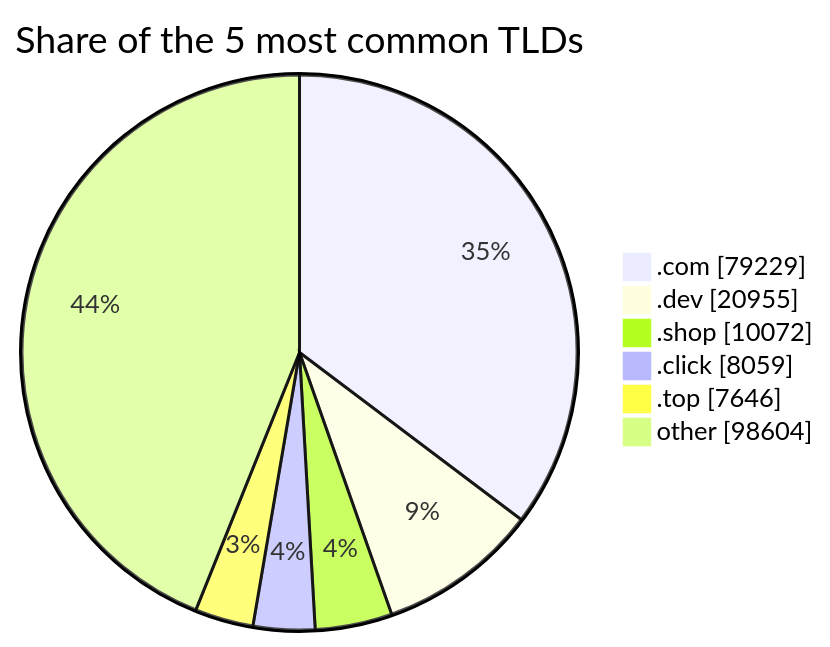
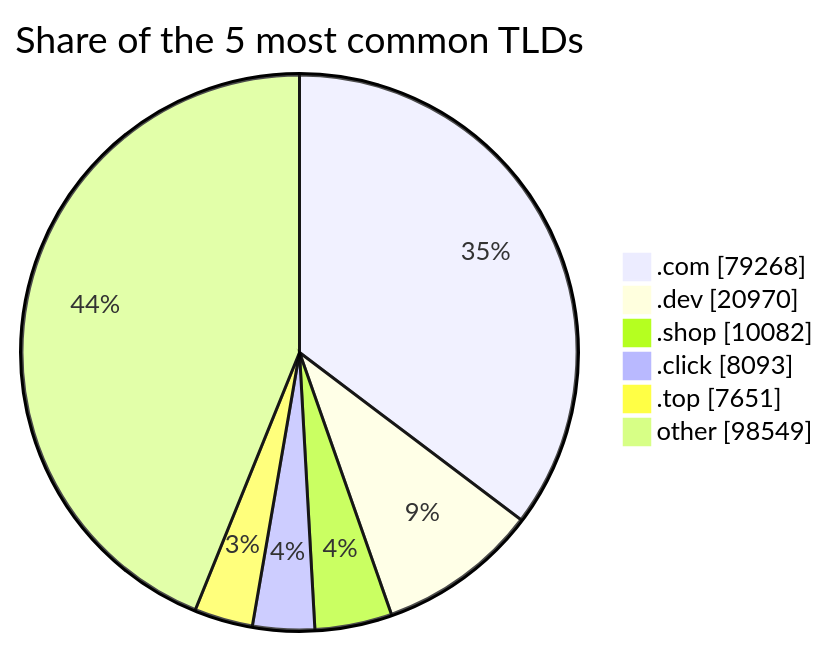
The third of 3 diagrams in README.md (DNSBunker/CTI), drawn with Mermaid before and after one commit. The commit also changed other lines of this file and 3 other files, not shown here.

````diff
--- a/README.md
+++ b/README.md
@@ -81,9 +81,9 @@
 ```mermaid
 pie showData title Share of the 5 most common TLDs
-    ".com" : 79229
-    ".dev" : 20955
-    ".shop" : 10072
-    ".click" : 8059
-    ".top" : 7646
-    "other" : 98604
+    ".com" : 79268
+    ".dev" : 20970
+    ".shop" : 10082
+    ".click" : 8093
+    ".top" : 7651
+    "other" : 98549
 ```
````
